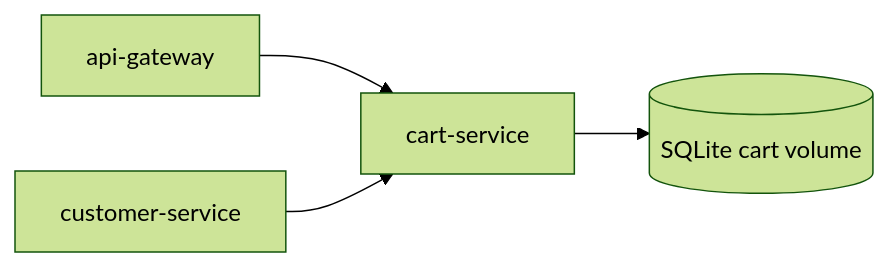
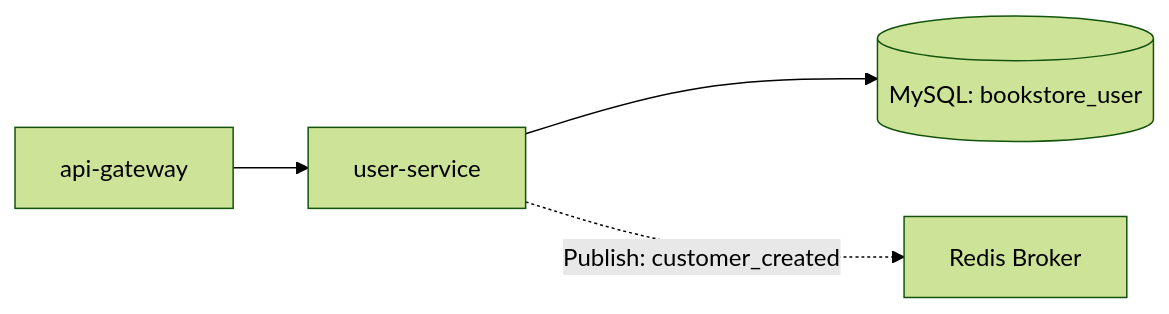
Before and after one commit to lamlocan5/Software_Architecture_And_Design_PTIT: the fourth of 11 diagrams in bookstore-microservice/docs/architecture/architecture.md, drawn with Mermaid (forest theme). The commit also changed other lines of this file and 396 other files, not shown here.

````diff
--- a/bookstore-microservice/docs/architecture/architecture.md
+++ b/bookstore-microservice/docs/architecture/architecture.md
@@ -66,7 +97,7 @@
 ```mermaid
 flowchart LR
-  gateway[api-gateway] --> cart[cart-service]
-  customer[customer-service] --> cart
-  cartDb[(SQLite cart volume)]
-  cart --> cartDb
+  bff[api-gateway] --> userSvc[user-service]
+  userDb[(MySQL: bookstore_user)]
+  userSvc --> userDb
+  userSvc -. "Publish: customer_created" .-> redis[Redis Broker]
 ```
````
